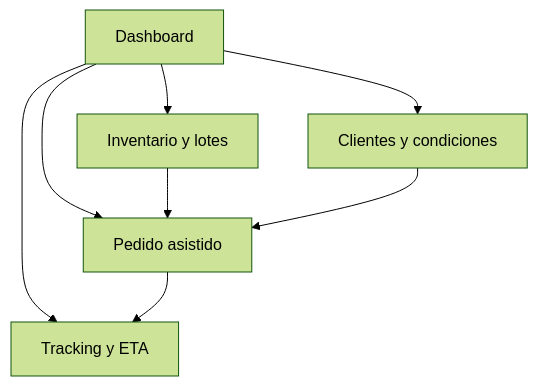
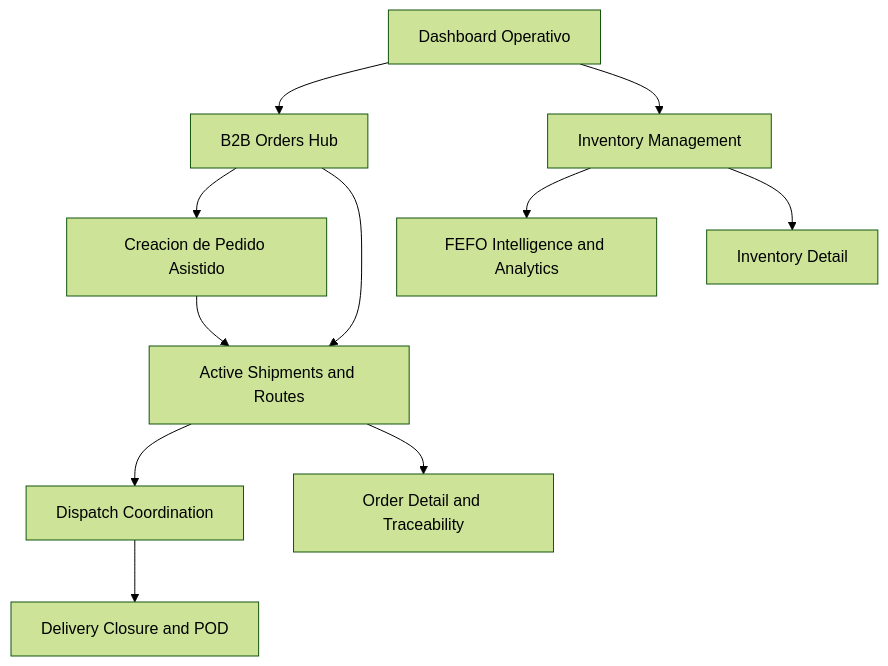
Before and after one commit to upc-pre-202610-1asi0730-12242-king/nexa-report: the diagram in report/40-chapter-4-product-design/4-5-web-applications-prototyping.md, drawn with Mermaid (forest theme). The commit also changed other lines of this file and 3 other files, not shown here.

````diff
--- a/report/40-chapter-4-product-design/4-5-web-applications-prototyping.md
+++ b/report/40-chapter-4-product-design/4-5-web-applications-prototyping.md
@@ -22,10 +31,13 @@
 ```mermaid
 graph TD
-    A[Dashboard] --> B[Pedido asistido]
-    A --> C[Inventario y lotes]
-    A --> D[Tracking y ETA]
-    A --> E[Clientes y condiciones]
-    B --> D
-    C --> B
-    E --> B
+    A["Dashboard Operativo"] --> B["B2B Orders Hub"]
+    A --> C["Inventory Management"]
+    B --> D["Creacion de Pedido Asistido"]
+    B --> E["Active Shipments and Routes"]
+    C --> F["FEFO Intelligence and Analytics"]
+    E --> G["Dispatch Coordination"]
+    E --> H["Order Detail and Traceability"]
+    G --> I["Delivery Closure and POD"]
+    C --> J["Inventory Detail"]
+    D --> E
 ```
````
